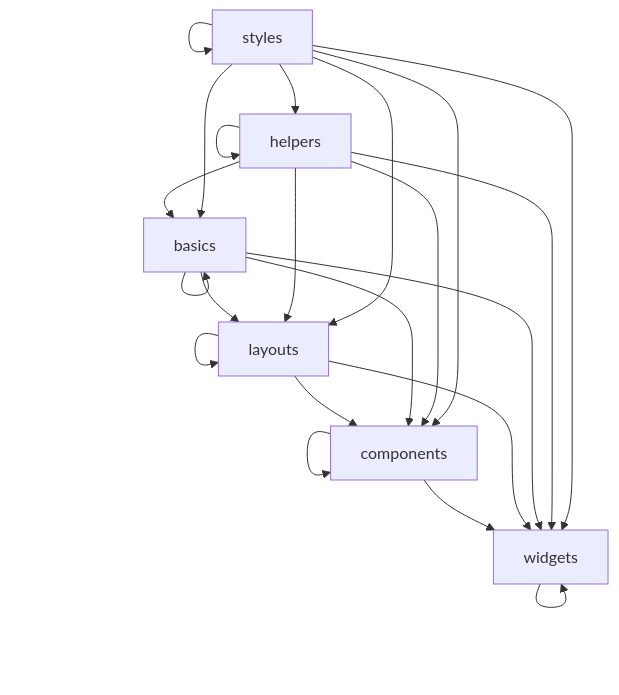
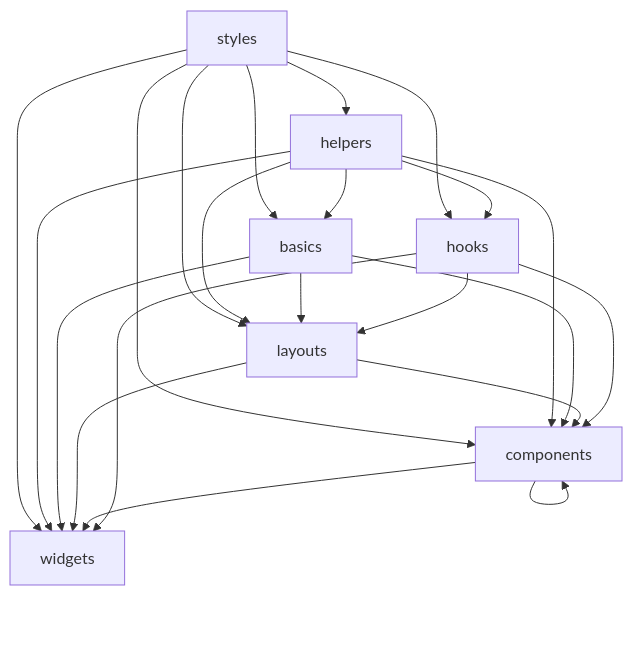
Before and after one commit to CyberWalrus/readme-best-practices: the diagram in README.md, drawn with Mermaid. The commit also changed other lines of this file and 2 other files, not shown here.

````diff
--- a/README.md
+++ b/README.md
@@ -24,24 +25,24 @@
 ```mermaid
 graph TD;
     styles-->helpers;
     styles-->basics;
     styles-->layouts;
     styles-->components;
     styles-->widgets;
-    styles-->styles;
+    styles-->hooks;
     helpers-->basics;
     helpers-->layouts;
     helpers-->components;
     helpers-->widgets;
-    helpers-->helpers;
+    helpers-->hooks;
     basics-->layouts;
     basics-->components;
     basics-->widgets;
-    basics-->basics;
     layouts-->components;
     layouts-->widgets;
-    layouts-->layouts;
     components-->widgets;
     components-->components;
-    widgets-->widgets;
+    hooks-->components
+    hooks-->layouts
+    hooks-->widgets
 ```
````
